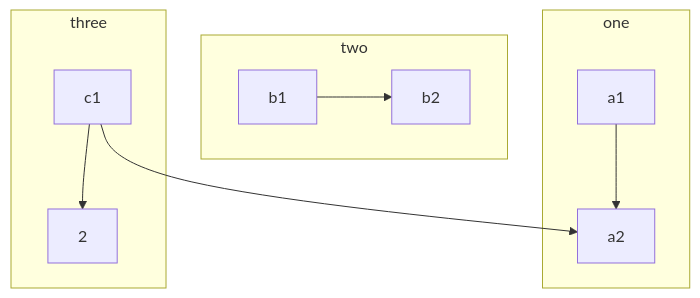
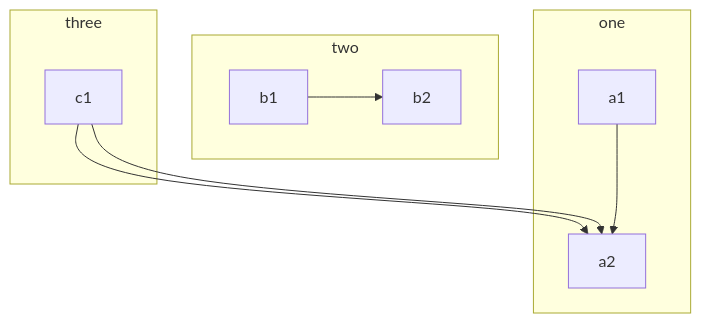
The diagram in slides.md (gerbssusd/dok), drawn with Mermaid before and after one commit.

````diff
--- a/slides.md
+++ b/slides.md
@@ -217,19 +217,19 @@
 ```mermaid
 flowchart TB
     c1-->a2
     subgraph one
     a1-->a2
     end
     subgraph two
     b1-->b2
     end
     subgraph three
-    c1-->2
+    c1-->a2
     end
 
 
 
 
 
 
 ```
````
